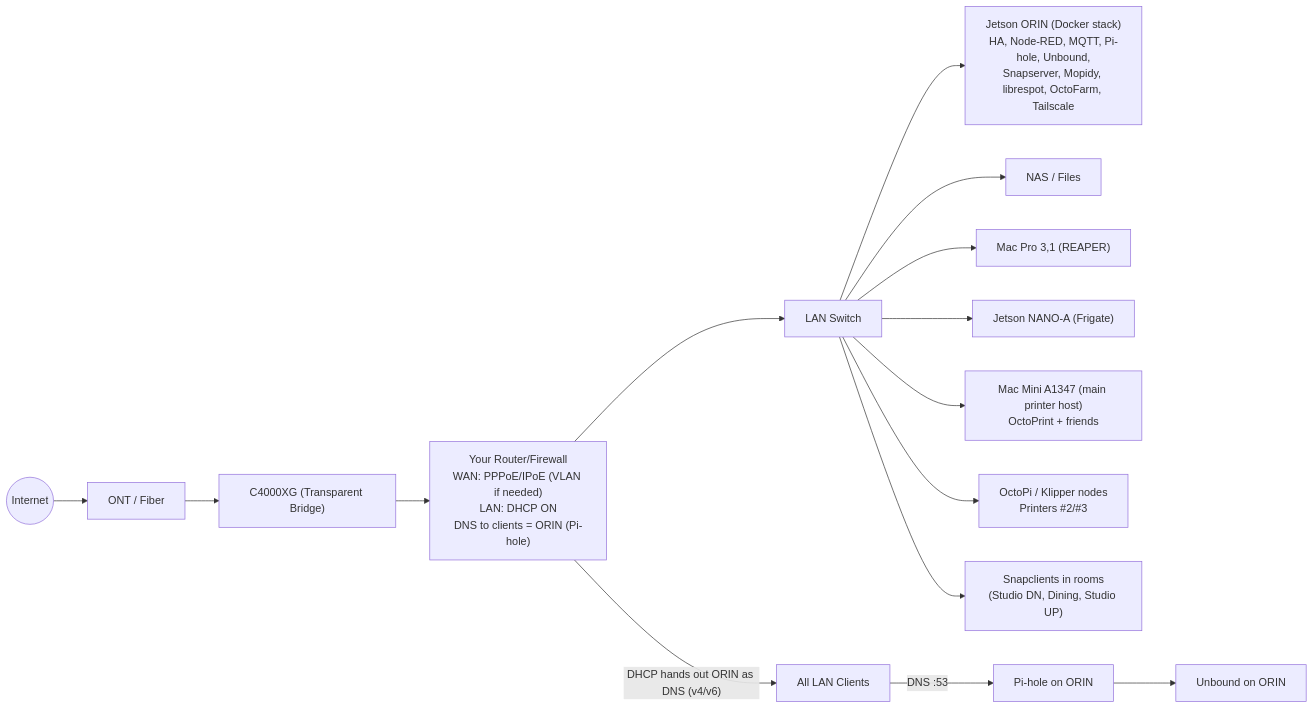
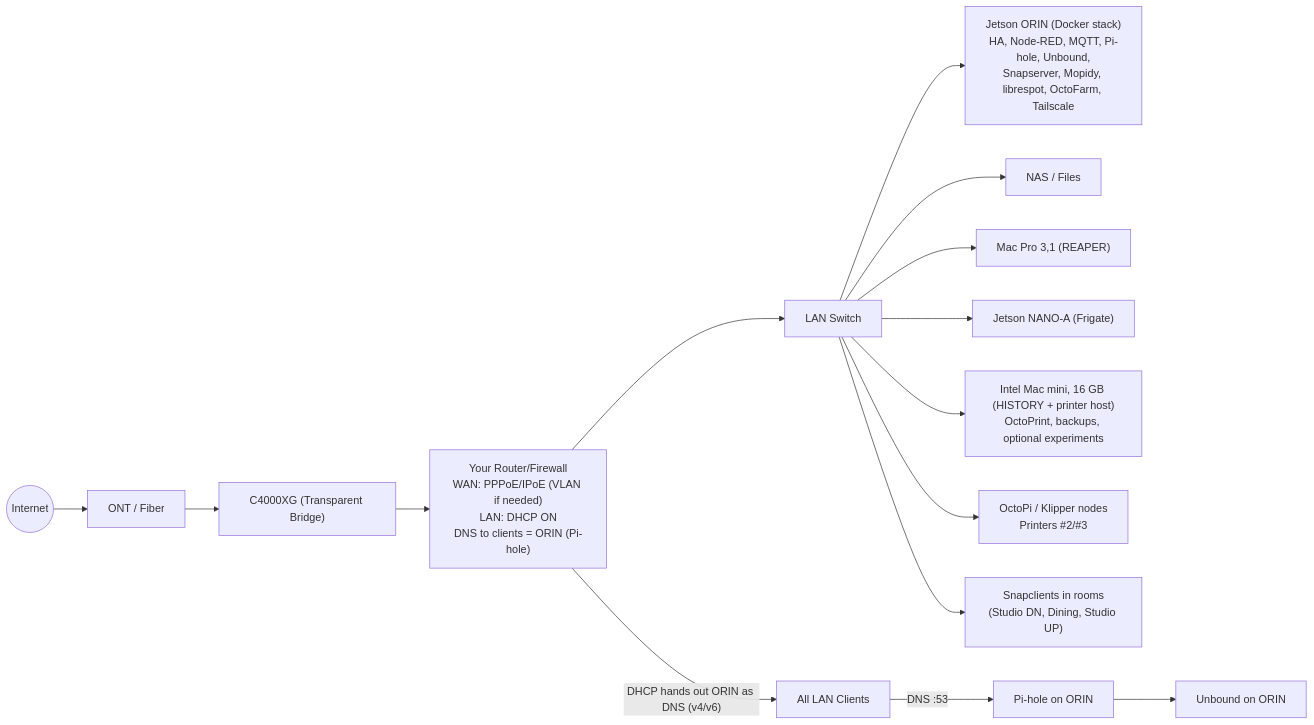
Before and after one commit to bseverns/homeauto: the first of 3 diagrams in README.md, drawn with Mermaid. The commit also changed other lines of this file and 14 other files, not shown here.

````diff
--- a/README.md
+++ b/README.md
@@ -175,19 +184,19 @@
 ```mermaid
 flowchart LR
   INET(("Internet")) --> ONT["ONT / Fiber"]
   ONT --> BRIDGE["C4000XG (Transparent Bridge)"]
   BRIDGE --> ROUTER["Your Router/Firewall<br/>WAN: PPPoE/IPoE (VLAN if needed)<br/>LAN: DHCP ON<br/>DNS to clients = ORIN (Pi-hole)"]
   ROUTER --> SWITCH["LAN Switch"]
 
   SWITCH --> ORIN["Jetson ORIN (Docker stack)<br/>HA, Node-RED, MQTT, Pi-hole, Unbound,<br/>Snapserver, Mopidy, librespot, OctoFarm, Tailscale"]
   SWITCH --> NAS["NAS / Files"]
   SWITCH --> MACPRO["Mac Pro 3,1 (REAPER)"]
   SWITCH --> NANO_A["Jetson NANO-A (Frigate)"]
-  SWITCH --> MACMINI["Mac Mini A1347 (main printer host)<br/>OctoPrint + friends"]
+  SWITCH --> MACMINI["Intel Mac mini, 16 GB (HISTORY + printer host)<br/>OctoPrint, backups, optional experiments"]
   SWITCH --> OCTOPI["OctoPi / Klipper nodes<br/>Printers #2/#3"]
   SWITCH --> ROOMS["Snapclients in rooms<br/>(Studio DN, Dining, Studio UP)"]
 
   ROUTER -- "DHCP hands out ORIN as DNS (v4/v6)" --> CLIENTS["All LAN Clients"]
   CLIENTS -->|"DNS :53"| PIHOLE["Pi-hole on ORIN"]
   PIHOLE --> UNBOUND["Unbound on ORIN"]
 ```
````
